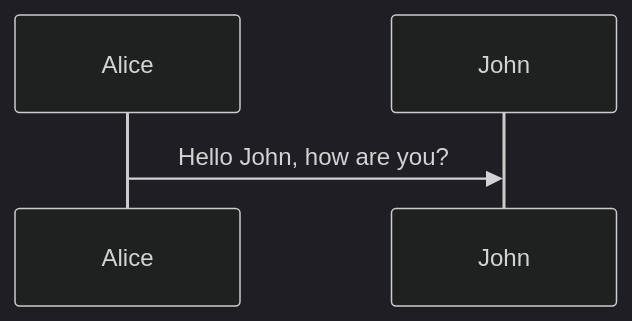
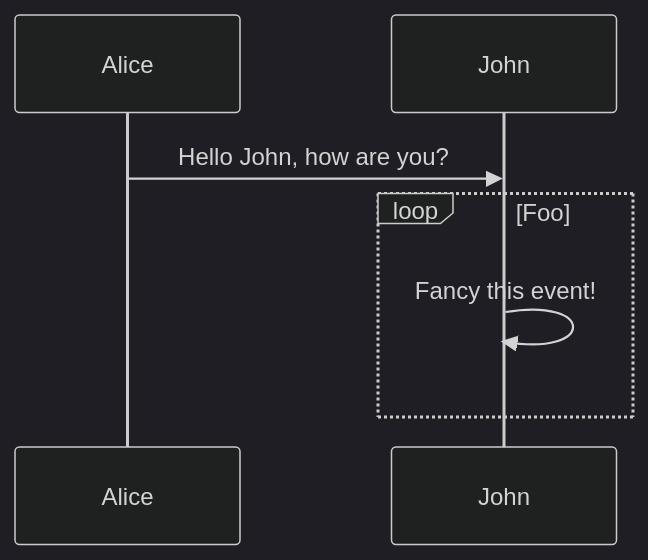
One commit to mpenning/unittest_01 changed the first of 2 diagrams in README.md. Above: the diagram before and after it, drawn with Mermaid (dark theme).

Commit message:
Experiment - Another iteration

````diff
--- a/README.md
+++ b/README.md
@@ -24,6 +24,9 @@
 ```mermaid
 sequenceDiagram
-  participant Alice
-  participant John
-  Alice->>John: Hello John, how are you?
+    participant Alice
+    participant John
+    Alice->>John: Hello John, how are you?
+    loop Foo
+        John->>John: Fancy this event!
+    end
 ```
````
